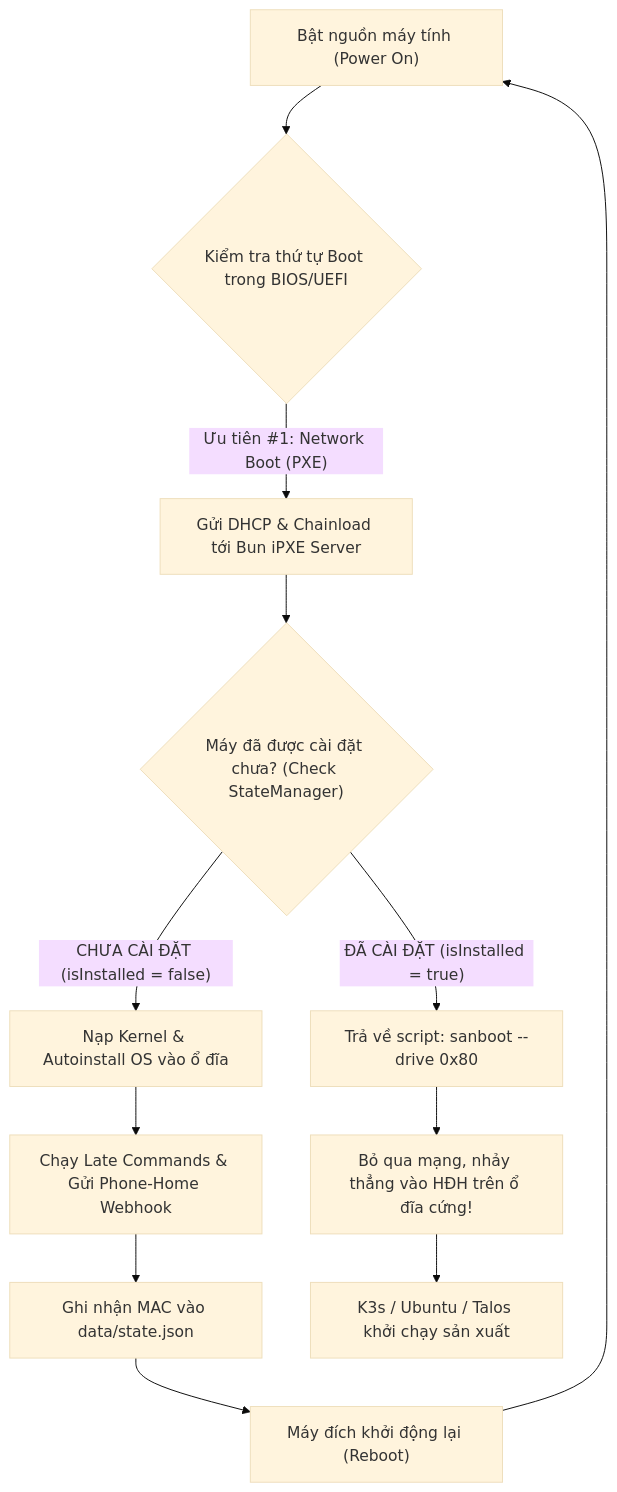
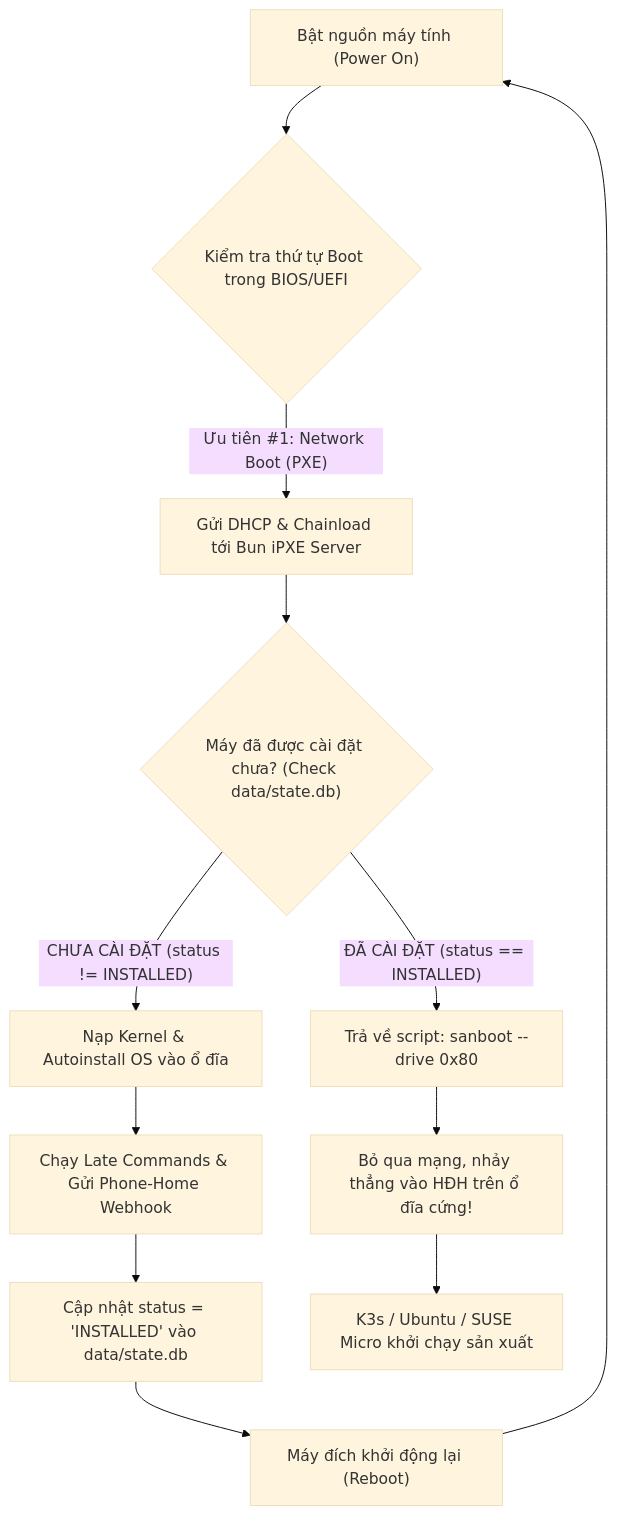
The diagram in docs/anti-boot-loop.md (001123/lab-ipxe-os), drawn with Mermaid (base theme) before and after one commit. The commit also changed other lines of this file and 11 other files, not shown here.

````diff
--- a/docs/anti-boot-loop.md
+++ b/docs/anti-boot-loop.md
@@ -14,16 +14,16 @@
 ```mermaid
 graph TD
     A["Bật nguồn máy tính (Power On)"] --> B{"Kiểm tra thứ tự Boot trong BIOS/UEFI"}
     B -->|"Ưu tiên #1: Network Boot (PXE)"| C["Gửi DHCP & Chainload tới Bun iPXE Server"]
-    C --> D{"Máy đã được cài đặt chưa? (Check StateManager)"}
+    C --> D{"Máy đã được cài đặt chưa? (Check data/state.db)"}
     
-    D -->|"CHƯA CÀI ĐẶT (isInstalled = false)"| E["Nạp Kernel & Autoinstall OS vào ổ đĩa"]
+    D -->|"CHƯA CÀI ĐẶT (status != INSTALLED)"| E["Nạp Kernel & Autoinstall OS vào ổ đĩa"]
     E --> F["Chạy Late Commands & Gửi Phone-Home Webhook"]
-    F --> G["Ghi nhận MAC vào data/state.json"]
+    F --> G["Cập nhật status = 'INSTALLED' vào data/state.db"]
     G --> H["Máy đích khởi động lại (Reboot)"]
     H --> A
     
-    D -->|"ĐÃ CÀI ĐẶT (isInstalled = true)"| I["Trả về script: sanboot --drive 0x80"]
+    D -->|"ĐÃ CÀI ĐẶT (status == INSTALLED)"| I["Trả về script: sanboot --drive 0x80"]
     I --> J["Bỏ qua mạng, nhảy thẳng vào HĐH trên ổ đĩa cứng!"]
-    J --> K["K3s / Ubuntu / Talos khởi chạy sản xuất"]
+    J --> K["K3s / Ubuntu / SUSE Micro khởi chạy sản xuất"]
 ```
````
